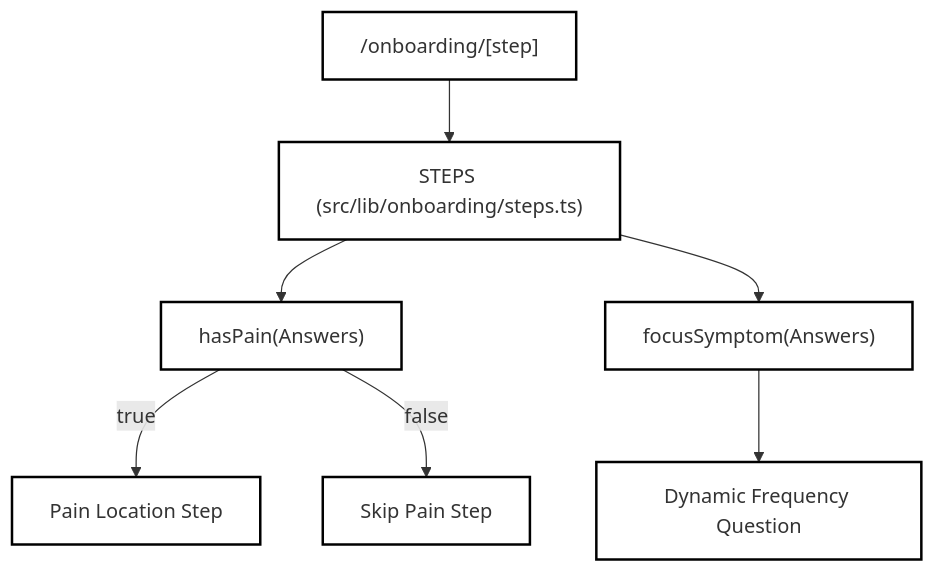
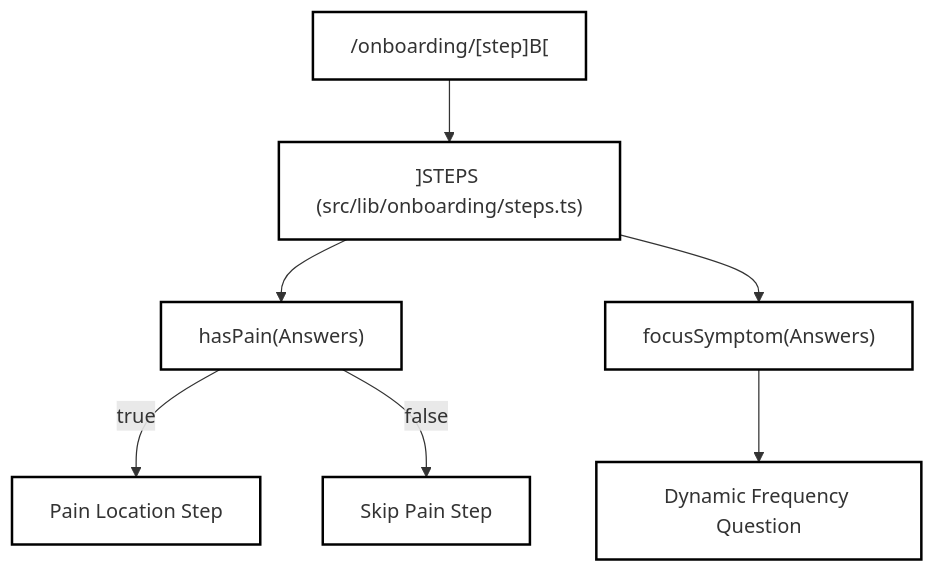
The first of 2 diagrams in pages/3.4-onboarding-settings.md (jarrettheflin/immune-fit-Devin-Wiki), drawn with Mermaid before and after one commit. The commit also changed other lines of this file and 22 other files, not shown here.

Commit message:
Repair Mermaid syntax so all 67 diagrams render on GitHub

````diff
--- a/pages/3.4-onboarding-settings.md
+++ b/pages/3.4-onboarding-settings.md
@@ -76,17 +76,17 @@
 ```mermaid
 graph TD
-    A["/onboarding/[step]"] --> B["STEPS (src/lib/onboarding/steps.ts)"]
+    A["/onboarding/[step]B["] --> B["]STEPS (src/lib/onboarding/steps.ts)"]
     B --> C["hasPain(Answers)"]
     B --> D["focusSymptom(Answers)"]
-    C -->|true| E["Pain Location Step"]
-    C -->|false| F["Skip Pain Step"]
+    C -->|"true"| E["Pain Location Step"]
+    C -->|"false"| F["Skip Pain Step"]
     D --> G["Dynamic Frequency Question"]
     
     style A fill:none,stroke:#000,stroke-width:2px
     style B fill:none,stroke:#000,stroke-width:2px
     style C fill:none,stroke:#000,stroke-width:2px
     style D fill:none,stroke:#000,stroke-width:2px
     style E fill:none,stroke:#000,stroke-width:2px
     style F fill:none,stroke:#000,stroke-width:2px
     style G fill:none,stroke:#000,stroke-width:2px
 ```
````
